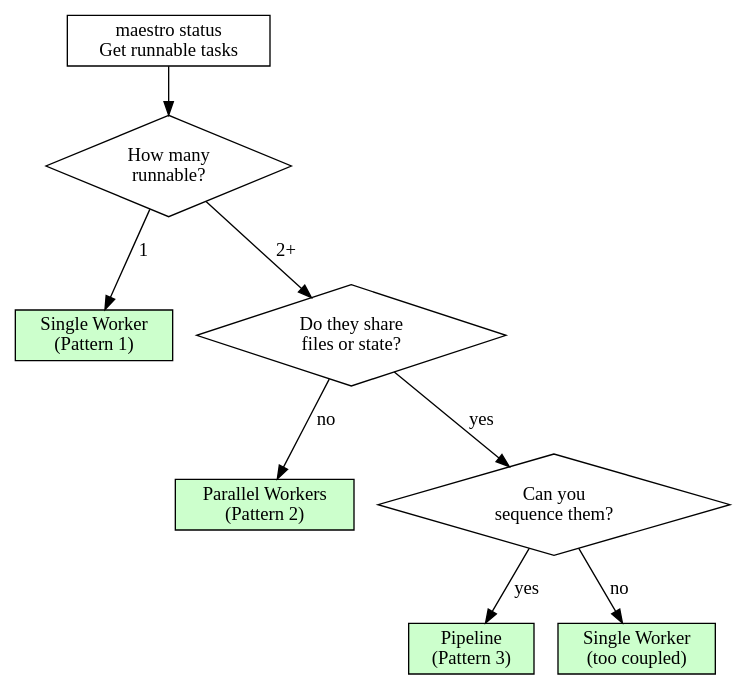
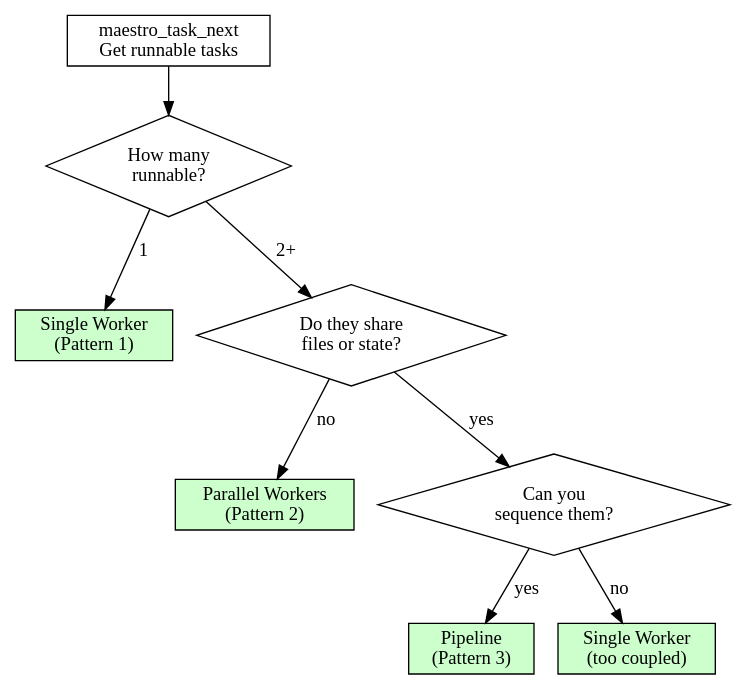
Before and after one commit to ReinaMacCredy/Maestro-CLI: the diagram in skills/built-in/maestro:dispatching/SKILL.md, drawn with Graphviz. The commit also changed other lines of this file and 38 other files, not shown here.

````diff
--- a/skills/built-in/maestro:dispatching/SKILL.md
+++ b/skills/built-in/maestro:dispatching/SKILL.md
@@ -55,21 +55,21 @@
 ```dot
 digraph dispatch_decision {
     rankdir=TB;
-    check [label="maestro status\nGet runnable tasks", shape=box];
+    check [label="maestro_task_next\nGet runnable tasks", shape=box];
     count [label="How many\nrunnable?", shape=diamond];
     one [label="Single Worker\n(Pattern 1)", shape=box, style=filled, fillcolor="#ccffcc"];
     independent [label="Do they share\nfiles or state?", shape=diamond];
     parallel [label="Parallel Workers\n(Pattern 2)", shape=box, style=filled, fillcolor="#ccffcc"];
     dependent [label="Can you\nsequence them?", shape=diamond];
     pipeline [label="Pipeline\n(Pattern 3)", shape=box, style=filled, fillcolor="#ccffcc"];
     single [label="Single Worker\n(too coupled)", shape=box, style=filled, fillcolor="#ccffcc"];
 
     check -> count;
     count -> one [label="1"];
     count -> independent [label="2+"];
     independent -> parallel [label="no"];
     independent -> dependent [label="yes"];
     dependent -> pipeline [label="yes"];
     dependent -> single [label="no"];
 }
 ```
````
